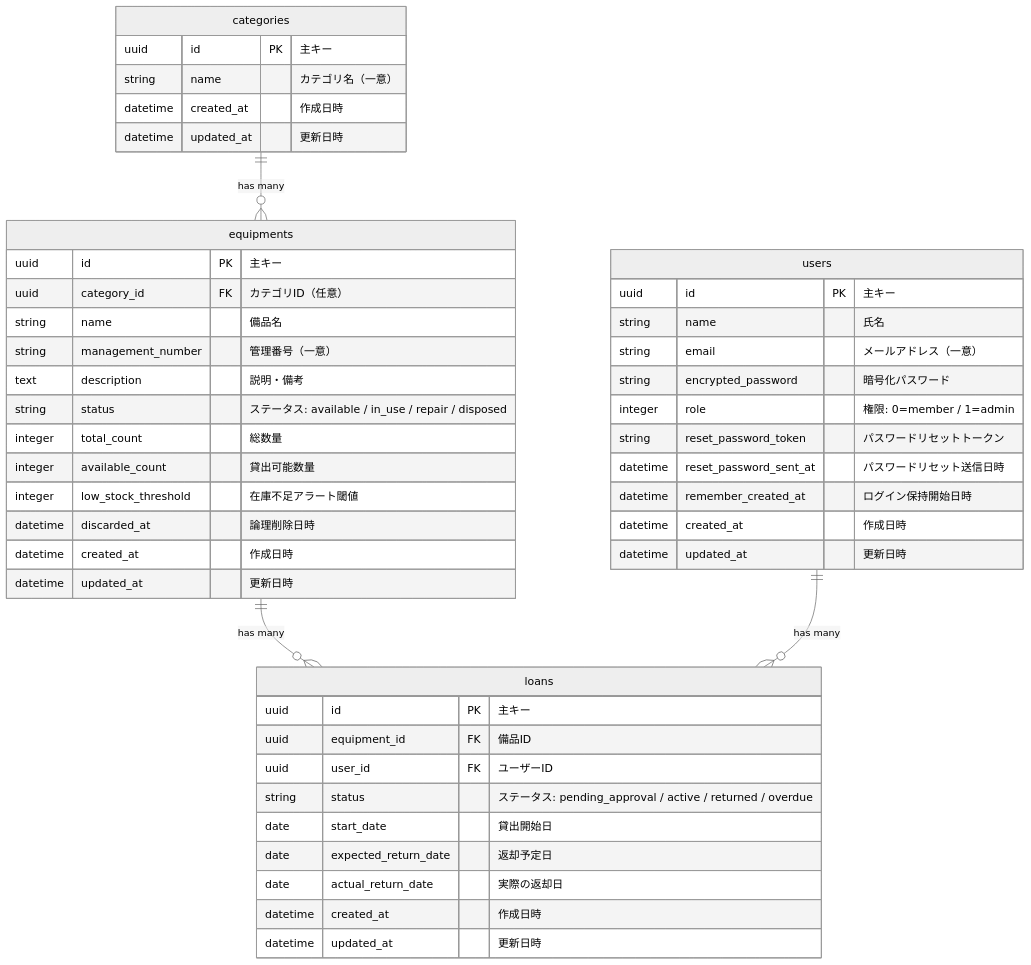
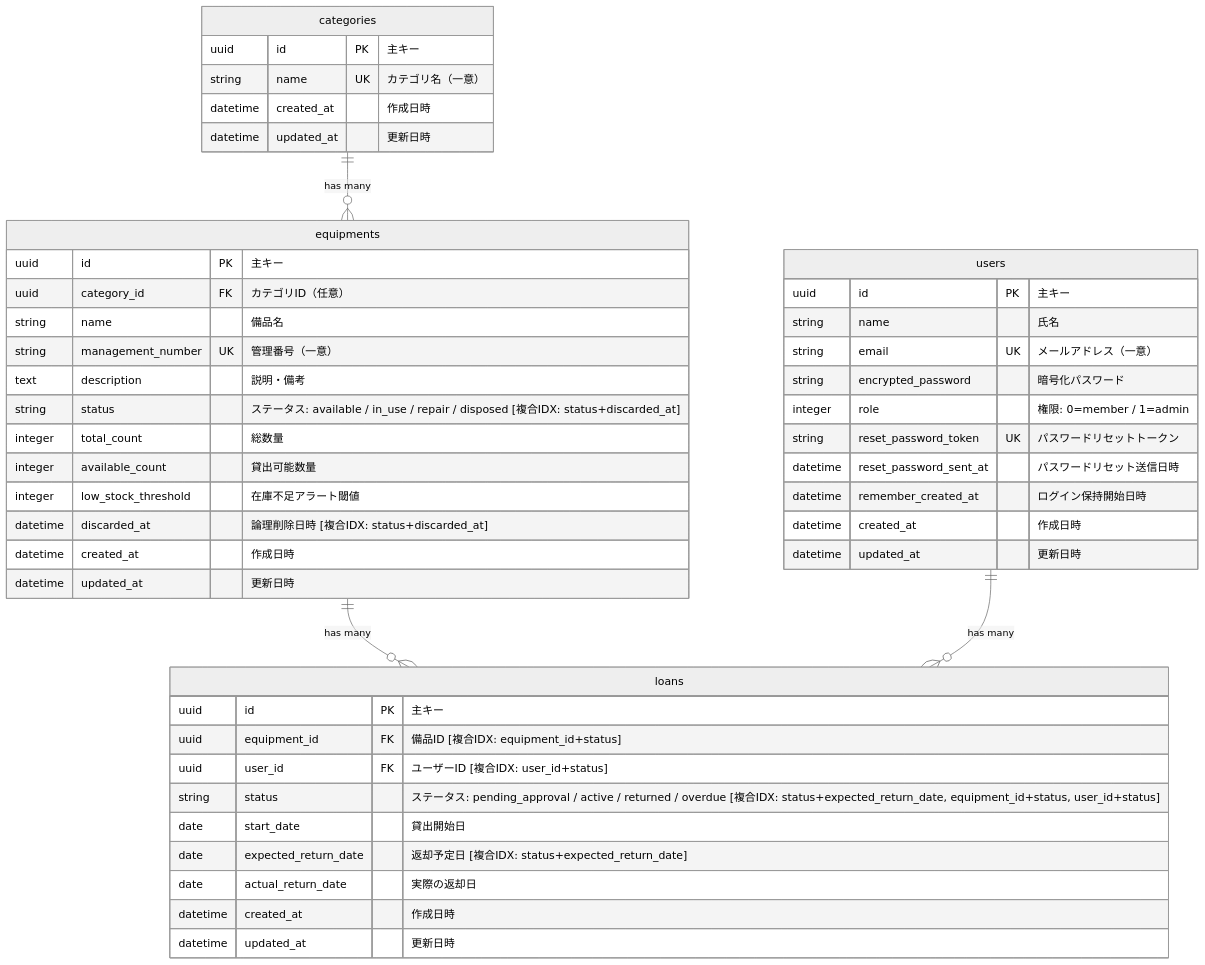
One commit to GrowSeedInc/my-app changed the diagram in docs/er_diagram.md. Above: the diagram before and after it, drawn with Mermaid (neutral theme).

Commit message:
ER図にインデックスを付与

````diff
--- a/docs/er_diagram.md
+++ b/docs/er_diagram.md
@@ -3,53 +3,53 @@
 ```mermaid
 erDiagram
     categories {
         uuid id PK "主キー"
-        string name "カテゴリ名（一意）"
+        string name UK "カテゴリ名（一意）"
         datetime created_at "作成日時"
         datetime updated_at "更新日時"
     }
 
     equipments {
         uuid id PK "主キー"
         uuid category_id FK "カテゴリID（任意）"
         string name "備品名"
-        string management_number "管理番号（一意）"
+        string management_number UK "管理番号（一意）"
         text description "説明・備考"
-        string status "ステータス: available / in_use / repair / disposed"
+        string status "ステータス: available / in_use / repair / disposed [複合IDX: status+discarded_at]"
         integer total_count "総数量"
         integer available_count "貸出可能数量"
         integer low_stock_threshold "在庫不足アラート閾値"
-        datetime discarded_at "論理削除日時"
+        datetime discarded_at "論理削除日時 [複合IDX: status+discarded_at]"
         datetime created_at "作成日時"
         datetime updated_at "更新日時"
     }
 
     loans {
         uuid id PK "主キー"
-        uuid equipment_id FK "備品ID"
-        uuid user_id FK "ユーザーID"
-        string status "ステータス: pending_approval / active / returned / overdue"
+        uuid equipment_id FK "備品ID [複合IDX: equipment_id+status]"
+        uuid user_id FK "ユーザーID [複合IDX: user_id+status]"
+        string status "ステータス: pending_approval / active / returned / overdue [複合IDX: status+expected_return_date, equipment_id+status, user_id+status]"
         date start_date "貸出開始日"
-        date expected_return_date "返却予定日"
+        date expected_return_date "返却予定日 [複合IDX: status+expected_return_date]"
         date actual_return_date "実際の返却日"
         datetime created_at "作成日時"
         datetime updated_at "更新日時"
     }
 
     users {
         uuid id PK "主キー"
         string name "氏名"
-        string email "メールアドレス（一意）"
+        string email UK "メールアドレス（一意）"
         string encrypted_password "暗号化パスワード"
         integer role "権限: 0=member / 1=admin"
-        string reset_password_token "パスワードリセットトークン"
+        string reset_password_token UK "パスワードリセットトークン"
         datetime reset_password_sent_at "パスワードリセット送信日時"
         datetime remember_created_at "ログイン保持開始日時"
         datetime created_at "作成日時"
         datetime updated_at "更新日時"
     }
 
     categories ||--o{ equipments : "has many"
     equipments ||--o{ loans : "has many"
     users ||--o{ loans : "has many"
 ```
````
